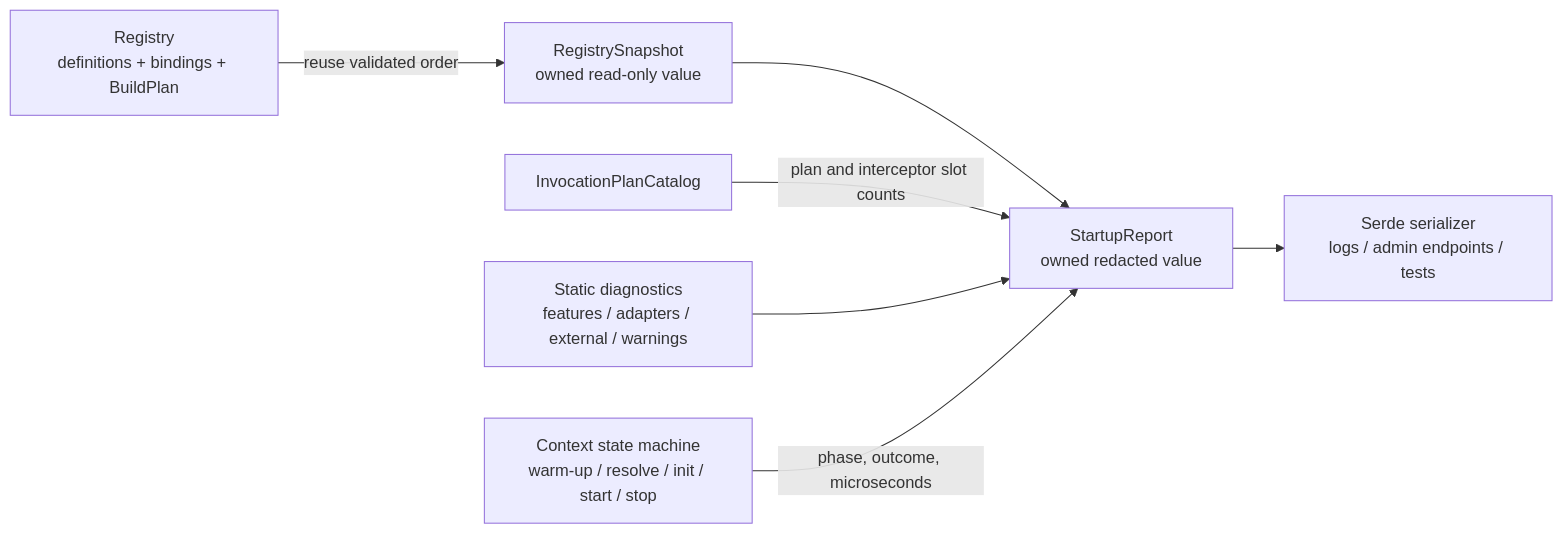
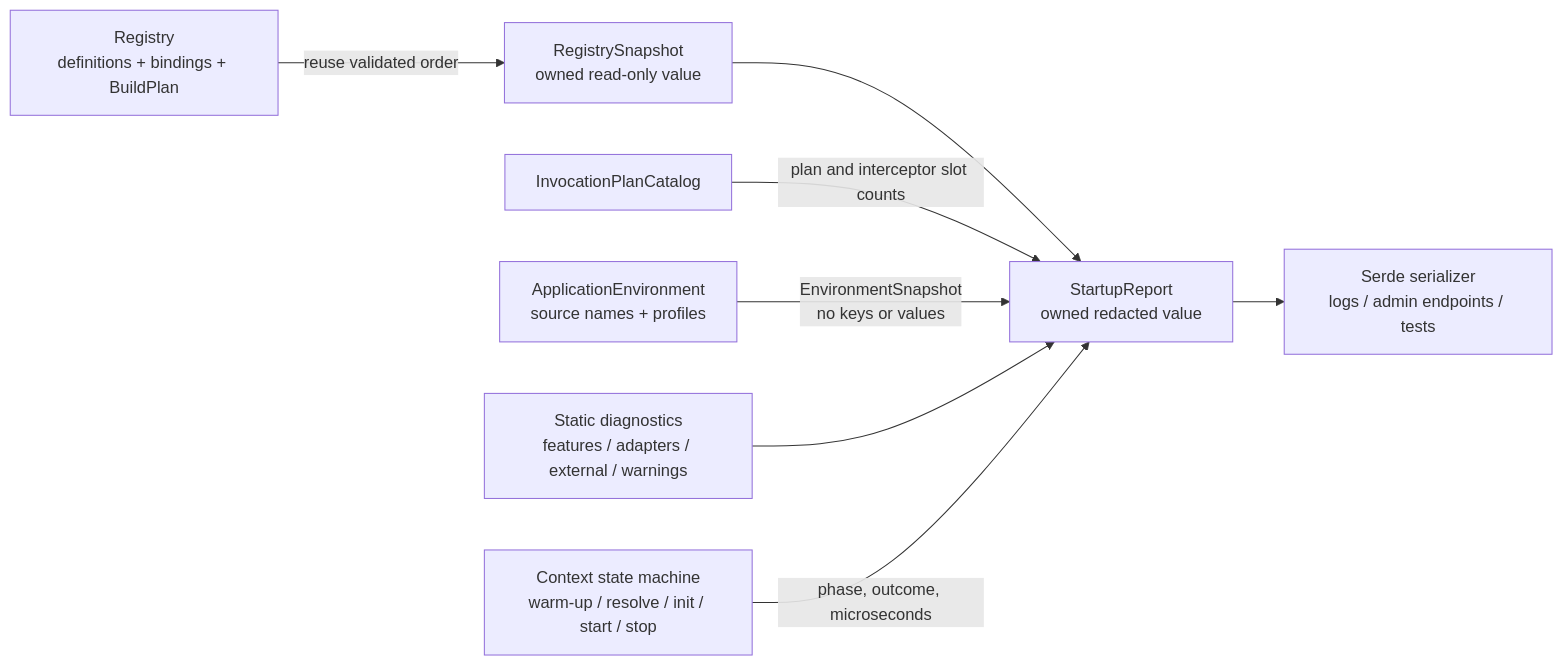
One commit to easy-4-rust/vernal changed diagram 18 of 18 in docs/Vernal-Architecture.md. Above: the diagram before and after it, drawn with Mermaid. The commit also changed other lines of this file and 17 other files, not shown here.

Commit message:
feat(context): add application environment

````diff
--- a/docs/Vernal-Architecture.md
+++ b/docs/Vernal-Architecture.md
@@ -984,17 +1027,19 @@
 ```mermaid
 flowchart LR
     Registry["Registry<br/>definitions + bindings + BuildPlan"]
     Catalog["InvocationPlanCatalog"]
+    Environment["ApplicationEnvironment<br/>source names + profiles"]
     Static["Static diagnostics<br/>features / adapters / external / warnings"]
     Lifecycle["Context state machine<br/>warm-up / resolve / init / start / stop"]
     Snapshot["RegistrySnapshot<br/>owned read-only value"]
     Report["StartupReport<br/>owned redacted value"]
     Output["Serde serializer<br/>logs / admin endpoints / tests"]
 
     Registry -->|"reuse validated order"| Snapshot
     Snapshot --> Report
     Catalog -->|"plan and interceptor slot counts"| Report
+    Environment -->|"EnvironmentSnapshot<br/>no keys or values"| Report
     Static --> Report
     Lifecycle -->|"phase, outcome, microseconds"| Report
     Report --> Output
 ```
````
